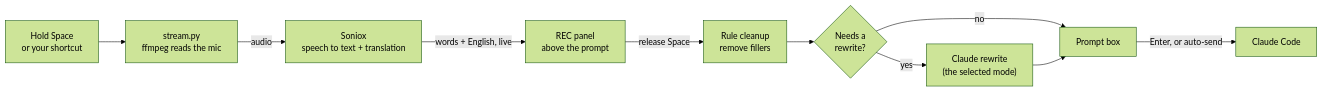
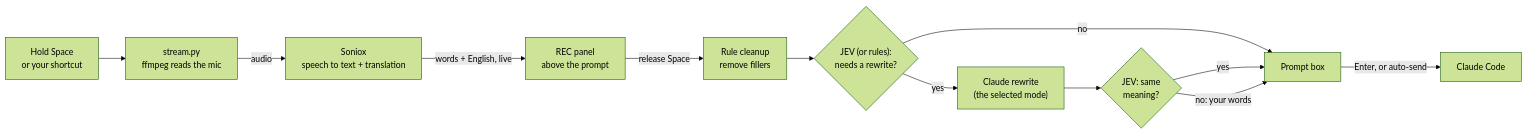
The diagram in README.md (Ariiima/claude-code-persian-to-english-voice), drawn with Mermaid (forest theme) before and after one commit. The commit also changed other lines of this file and 5 other files, not shown here.

````diff
--- a/README.md
+++ b/README.md
@@ -199,12 +227,14 @@
 ```mermaid
 flowchart LR
     A["Hold Space<br/>or your shortcut"] --> B["stream.py<br/>ffmpeg reads the mic"]
     B -- "audio" --> C["Soniox<br/>speech to text + translation"]
     C -- "words + English, live" --> D["REC panel<br/>above the prompt"]
     D -- "release Space" --> E["Rule cleanup<br/>remove fillers"]
-    E --> F{"Needs a<br/>rewrite?"}
+    E --> F{"JEV (or rules):<br/>needs a rewrite?"}
     F -- "no" --> G["Prompt box"]
     F -- "yes" --> H["Claude rewrite<br/>(the selected mode)"]
-    H --> G
+    H --> J{"JEV: same<br/>meaning?"}
+    J -- "yes" --> G
+    J -- "no: your words" --> G
     G -- "Enter, or auto-send" --> I["Claude Code"]
 ```
````
